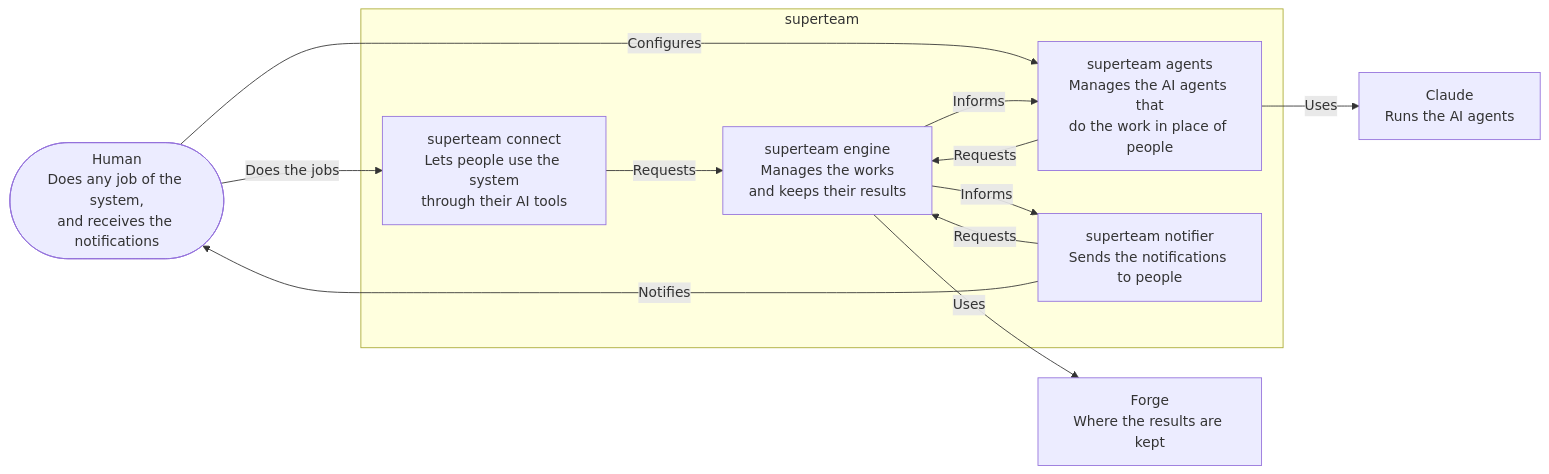
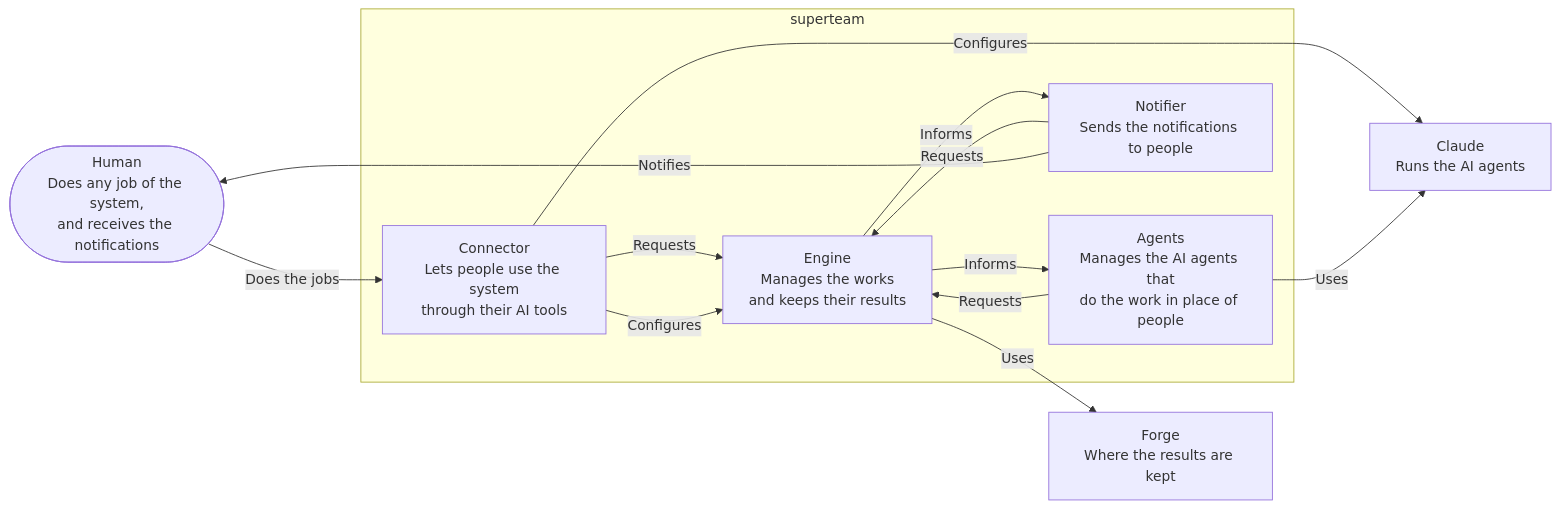
Before and after one commit to longlh/superteam: the second of 2 diagrams in docs/architecture.md, drawn with Mermaid. The commit also changed other lines of this file, not shown here.

````diff
--- a/docs/architecture.md
+++ b/docs/architecture.md
@@ -78,25 +78,26 @@
 ```mermaid
 flowchart LR
     human(["Human<br/>Does any job of the system,<br/>and receives the notifications"])
 
     subgraph superteam["superteam"]
-        connect["superteam connect<br/>Lets people use the system<br/>through their AI tools"]
-        engine["superteam engine<br/>Manages the works<br/>and keeps their results"]
-        agents["superteam agents<br/>Manages the AI agents that<br/>do the work in place of people"]
-        notifier["superteam notifier<br/>Sends the notifications to people"]
+        connect["Connector<br/>Lets people use the system<br/>through their AI tools"]
+        engine["Engine<br/>Manages the works<br/>and keeps their results"]
+        agents["Agents<br/>Manages the AI agents that<br/>do the work in place of people"]
+        notifier["Notifier<br/>Sends the notifications to people"]
     end
 
     claude["Claude<br/>Runs the AI agents"]
     forge["Forge<br/>Where the results are kept"]
 
     human -->|Does the jobs| connect
-    human -->|Configures| agents
     connect -->|Requests| engine
+    connect -->|Configures| claude
+    connect -->|Configures| engine
     agents -->|Requests| engine
     engine -->|Informs| agents
     notifier -->|Requests| engine
     engine -->|Informs| notifier
     notifier -->|Notifies| human
     agents -->|Uses| claude
     engine -->|Uses| forge
 ```
````
